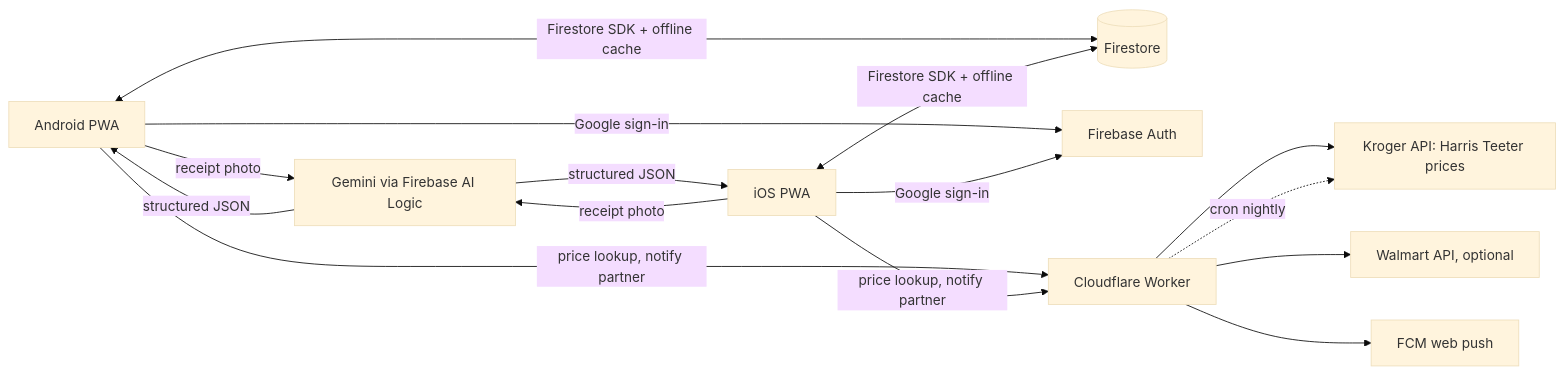
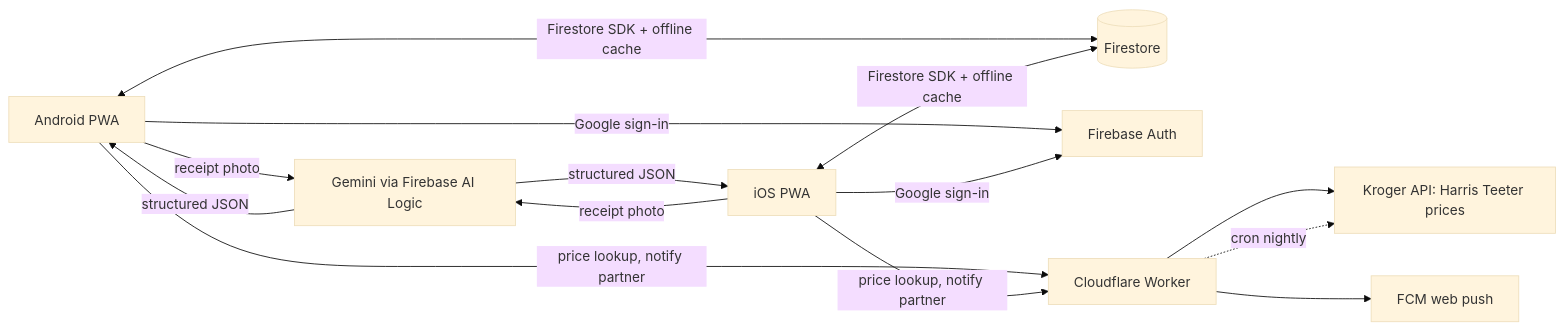
The diagram in docs/discovery-plan.md (Jazz-H/GroceryApp), drawn with Mermaid (base theme) before and after one commit. The commit also changed other lines of this file and 51 other files, not shown here.

````diff
--- a/docs/discovery-plan.md
+++ b/docs/discovery-plan.md
@@ -167,13 +166,12 @@
 ```mermaid
 flowchart LR
   A[Android PWA] <-->|Firestore SDK + offline cache| F[(Firestore)]
   I[iOS PWA] <-->|Firestore SDK + offline cache| F
   A & I -->|Google sign-in| AU[Firebase Auth]
   A & I -->|receipt photo| G[Gemini via Firebase AI Logic]
   G -->|structured JSON| A & I
   A & I -->|price lookup, notify partner| W[Cloudflare Worker]
   W --> K[Kroger API: Harris Teeter prices]
-  W --> WM[Walmart API, optional]
   W --> P[FCM web push]
   W -.cron nightly.-> K
 ```
````
